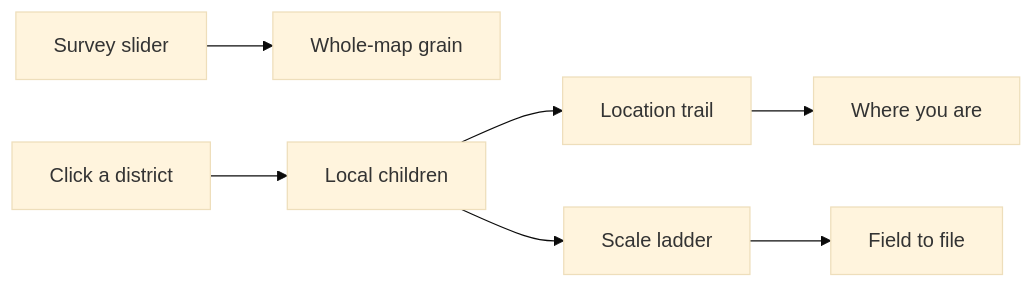
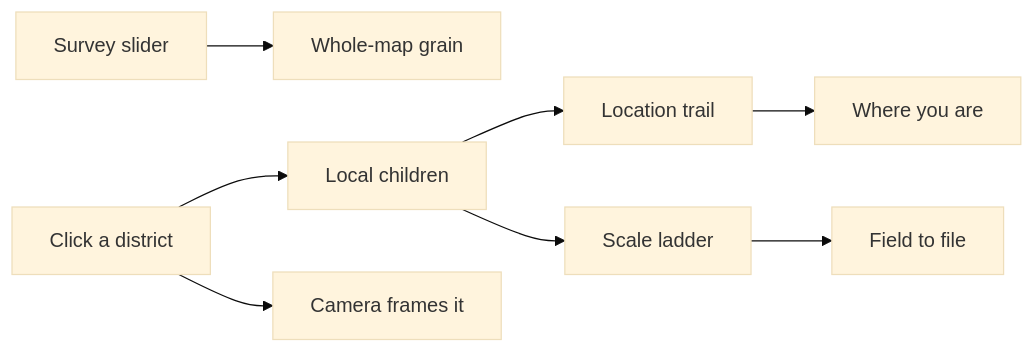
Before and after one commit to Volpestyle/codebase-atlas: the third of 3 diagrams in README.md, drawn with Mermaid (base theme). The commit also changed other lines of this file and 12 other files, not shown here.

````diff
--- a/README.md
+++ b/README.md
@@ -76,9 +76,10 @@
 ```mermaid
 flowchart LR
   Survey[Survey slider] --> Field[Whole-map grain]
   Focus[Click a district] --> Peek[Local children]
+  Focus --> Frame[Camera frames it]
   Trail[Location trail] --> Path[Where you are]
   Scale[Scale ladder] --> Grain[Field to file]
   Peek --> Trail
   Peek --> Scale
 ```
````
